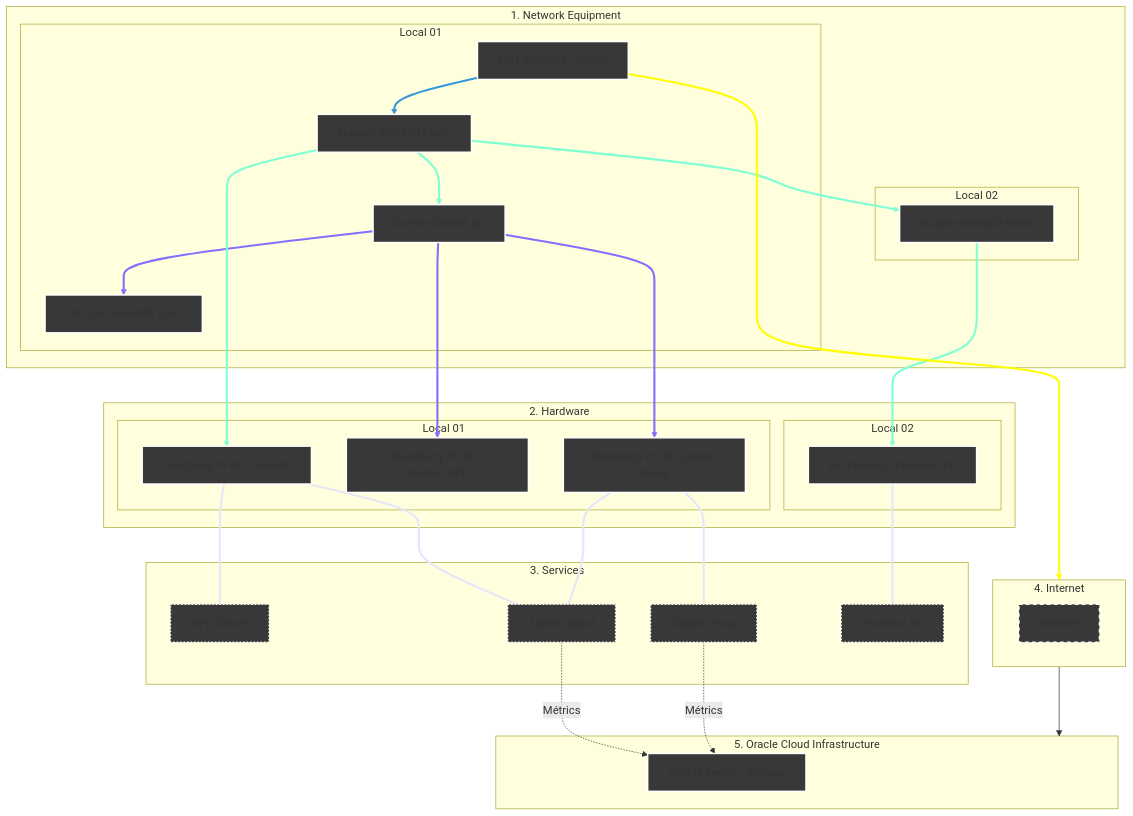
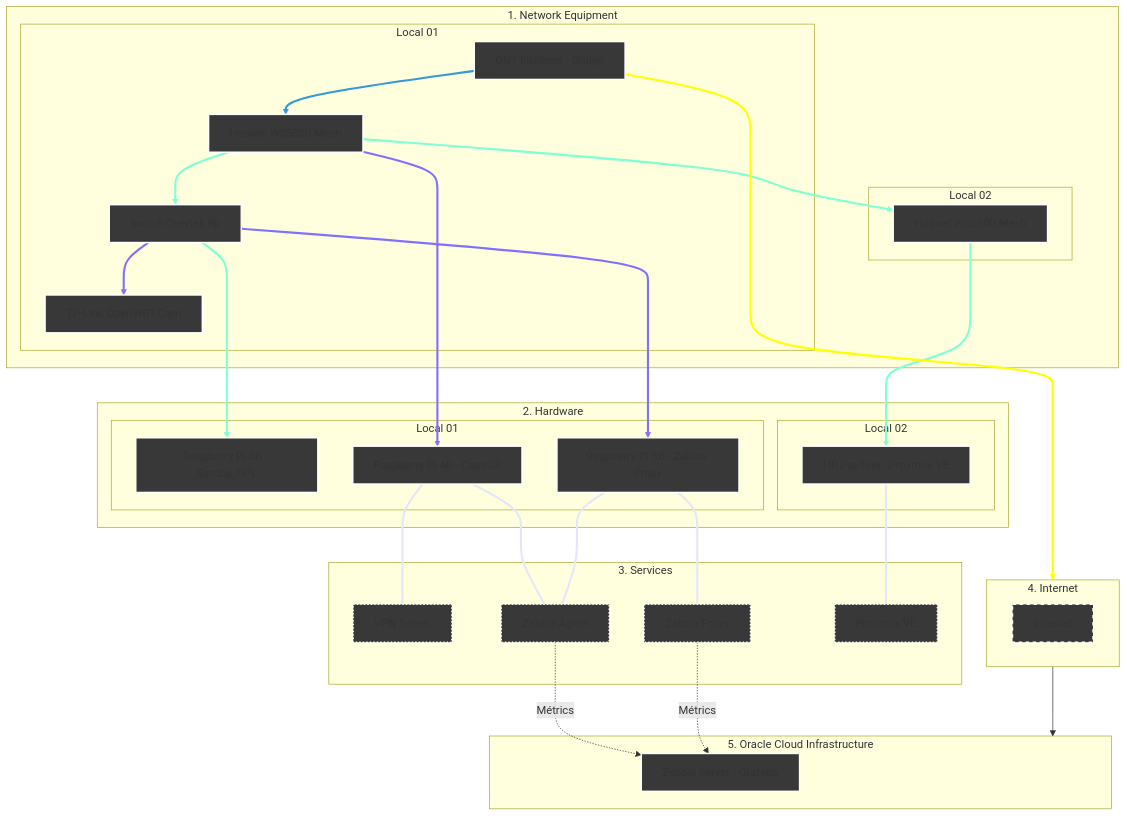
Before and after one commit to kevindexter22/Dr-Hardware-Autonet: the diagram in Infraestructure/README.md, drawn with Mermaid. The commit also changed other lines of this file, not shown here.

````diff
--- a/Infraestructure/README.md
+++ b/Infraestructure/README.md
@@ -13,70 +13,70 @@
 ```mermaid
 graph TD
     %% Styles
     classDef network fill:#383838,stroke:#FFFFFF,stroke-width:2px;
     classDef hardware fill:#383838,stroke:#FFFFFF,stroke-width:2px;
     classDef internet fill:#383838,stroke:#FFFFFF,stroke-width:2px,stroke-dasharray: 5 5;
     classDef services fill:#383838,stroke:#FFFFFF,stroke-width:2px, stroke-dasharray: 2 3;
     classDef oci fill:#383838,stroke:#FFFFFF,stroke-width:2px;
 
     %% 1. NETWORK EQUIPMENT
     subgraph Principal["1. Network Equipment"]
     subgraph S1 [Local 01]
         ONT[ONT Intelbras - Bridge]:::network --> R_Mesh1[Huawei WS5800 Mesh]:::network
         R_Mesh1 --> SW1[Switch Overtek 8p]:::network
         SW1 --> R_Cams[TP-Link OpenWRT Cam]:::network    
     end
     subgraph S2 [Local 02]
         R_Mesh1 --> R_Mesh2[Huawei WS5800 Mesh]:::network
     end
     end
     
     %% 2. HARDWARE
     subgraph Principal02["2. Hardware"]
     subgraph S3 [Local 01]
+        SW1 ---> RPi3B_1[Raspberry Pi 3B - Samba_OPL]:::hardware
         R_Mesh1 ---> RPi4B[Raspberry Pi 4B - CasaOS]:::hardware
-        SW1 ---> RPi3B_1[Raspberry Pi 3B - Samba_OPL]:::hardware
         SW1 ---> RPi3B_2[Raspberry Pi 3B - Zabbix Proxy]:::hardware
     end
     subgraph S4 [Local 02]
         R_Mesh2 ---> HP[HP Pavilion - Proxmox VE]:::hardware
     end
     end
 
     %% 3. SERVICES     
     subgraph S5 [3. Services];
         RPi4B --- VPN[VPN Server]:::services
         RPi4B --- ZA[Zabbix Agent]:::services
         RPi3B_2 --- ZA[Zabbix Agent]:::services
         RPi3B_2 --- ZP[Zabbix Proxy]:::services
         HP --- PVE[Proxmox VE]:::services        
     end
 
     %% 4. Internet (The Bridge)
     subgraph S6 [4. Internet]
            internet[Internet]:::internet
     end
 
     %% 5. Oracle Cloud Infrastructure
     subgraph S7 [5. Oracle Cloud Infrastructure]
         ZS[Zabbix Server - Grafana]:::oci
     end
 
     %% Conections of data flow
     ONT --> S6
     S6 --> S7
     
     %% Logical conections
     ZA -.-> |Métrics| ZS
     ZP -.-> |Métrics| ZS 
 
     %% --- Set collor on conections ---
     
     linkStyle 0 stroke:#3498db,stroke-width:3px;
     linkStyle 1,3,4,7 stroke:#7FFFD4,stroke-width:3px;
     linkStyle 2,5,6 stroke:#836FFF,stroke-width:3px;
     linkStyle 8,9,10,11,12 stroke:#E6E6FA,stroke-width:3px;
     linkStyle 13 stroke:#FFFF00,stroke-width:3px;
 
 
 ```
````
